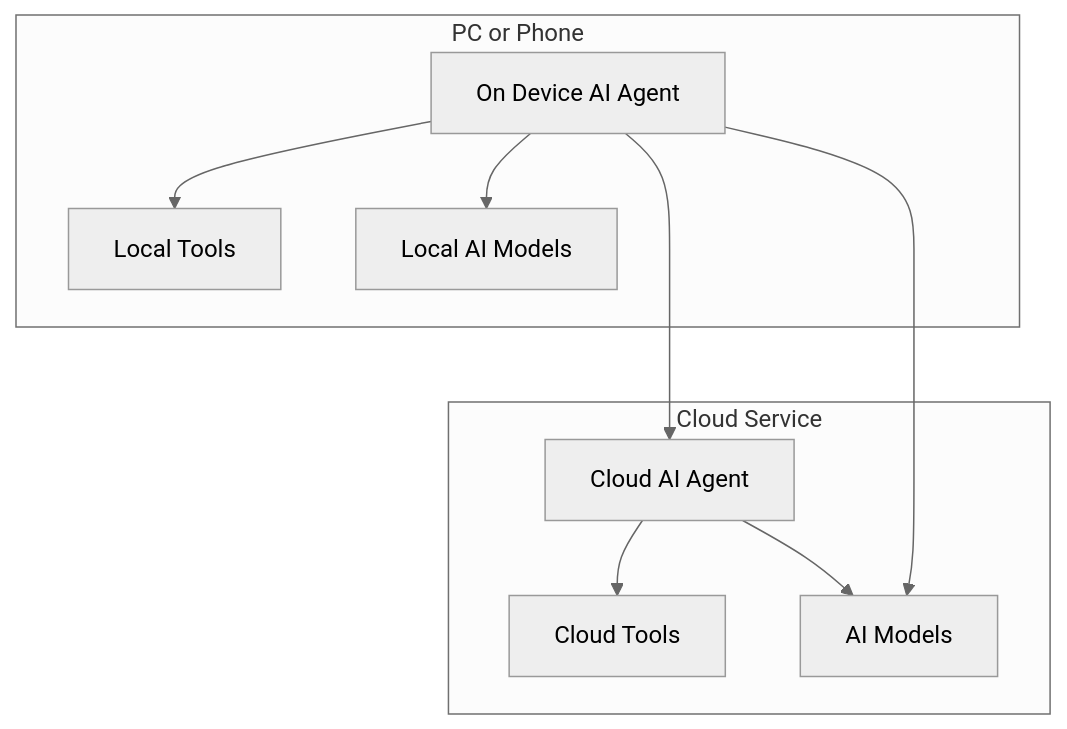
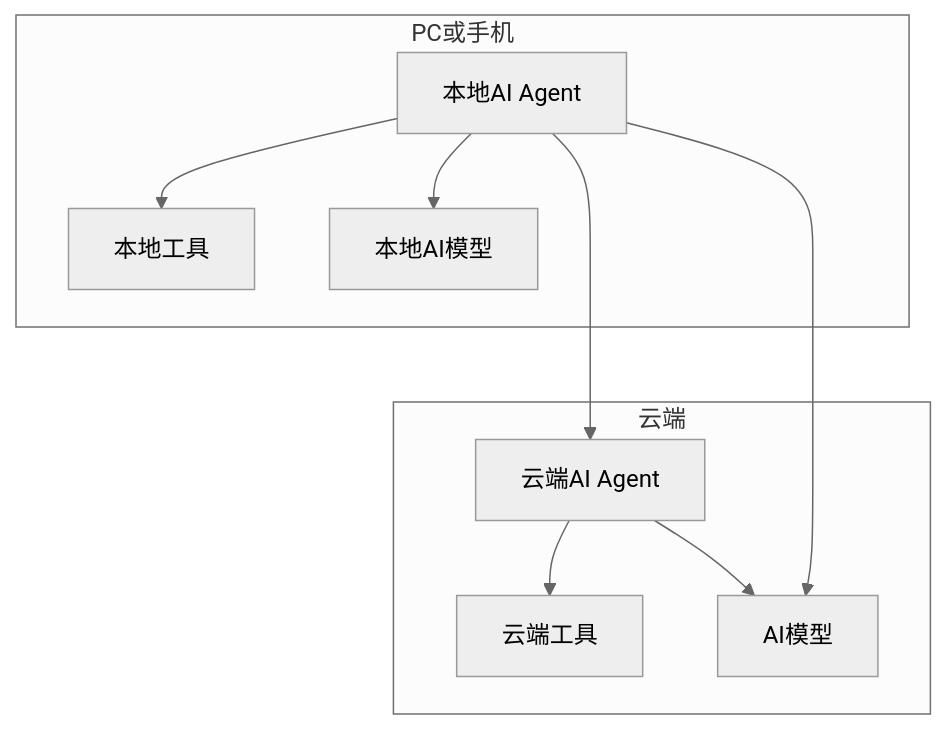
Before and after one commit to yingrui/my-own.fun: the first of 2 diagrams in docs/zh-cn/concepts/frontend_ai_agent.md, drawn with Mermaid (neutral theme). The commit also changed other lines of this file and 1 other file, not shown here.

Commit message:
yingrui: update Frontend AI Agent diagram in docs

````diff
--- a/docs/zh-cn/concepts/frontend_ai_agent.md
+++ b/docs/zh-cn/concepts/frontend_ai_agent.md
@@ -18,14 +18,14 @@
 ```mermaid
 graph TD;
-    subgraph PC or Phone
-        A[On Device AI Agent] --> LT[Local Tools]
-        A --> LM[Local AI Models]
+    subgraph PC或手机
+        A[本地AI Agent] --> LT[本地工具]
+        A --> LM[本地AI模型]
     end
 
-    subgraph Cloud Service
-        CA[Cloud AI Agent] --> CT[Cloud Tools]
-        CA --> CM[AI Models];
+    subgraph 云端
+        CA[云端AI Agent] --> CT[云端工具]
+        CA --> CM[AI模型];
         A ---> CA;
         A ---> CM;
     end
 ```
````
